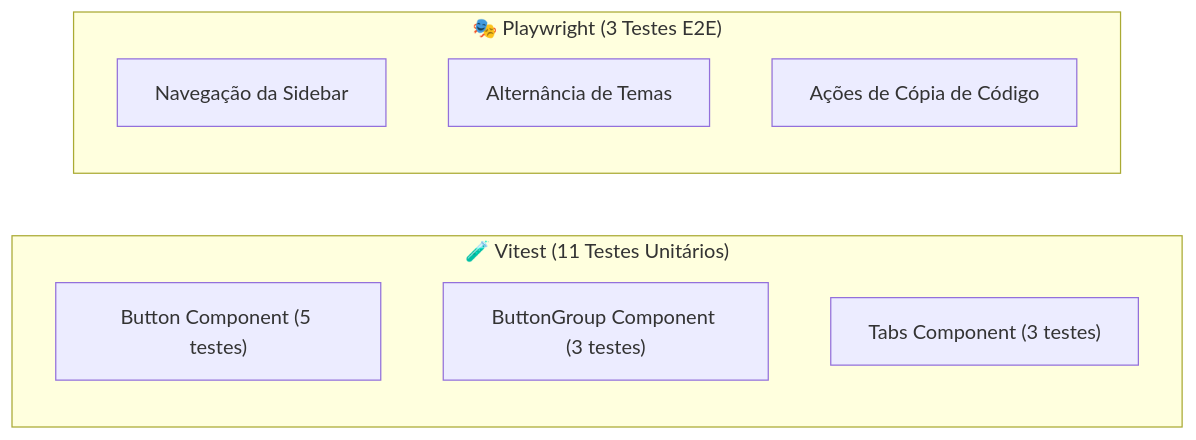
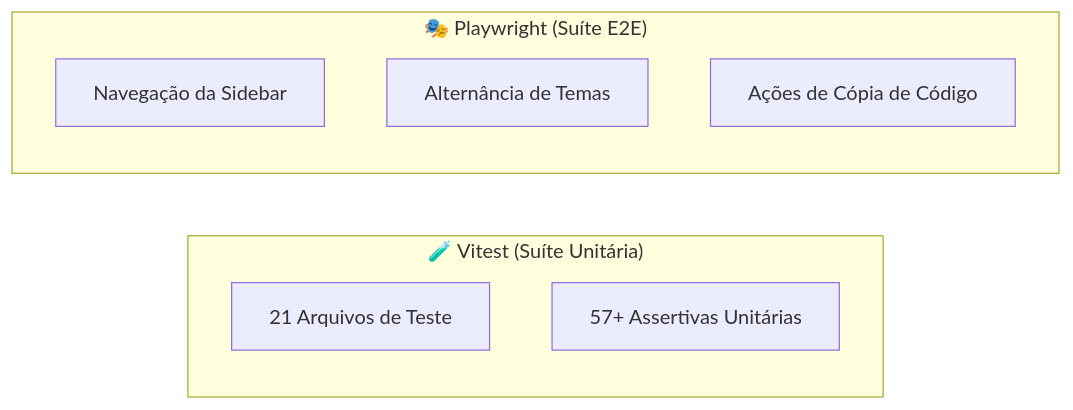
One commit to gui-bus/Bloom changed the second of 2 diagrams in README.md. Above: the diagram before and after it, drawn with Mermaid. The commit also changed other lines of this file and 1 other file, not shown here.

Commit message:
docs: update README.md and technical documentation files in docs/ with new components and architecture updates

````diff
--- a/README.md
+++ b/README.md
@@ -128,14 +145,13 @@
 ```mermaid
 flowchart LR
-    subgraph Unit ["🧪 Vitest (11 Testes Unitários)"]
-        U1["Button Component (5 testes)"]
-        U2["ButtonGroup Component (3 testes)"]
-        U3["Tabs Component (3 testes)"]
+    subgraph Unit ["🧪 Vitest (Suíte Unitária)"]
+        U1["21 Arquivos de Teste"]
+        U2["57+ Assertivas Unitárias"]
     end
 
-    subgraph E2E ["🎭 Playwright (3 Testes E2E)"]
+    subgraph E2E ["🎭 Playwright (Suíte E2E)"]
         E1["Navegação da Sidebar"]
         E2["Alternância de Temas"]
         E3["Ações de Cópia de Código"]
     end
 ```
````
